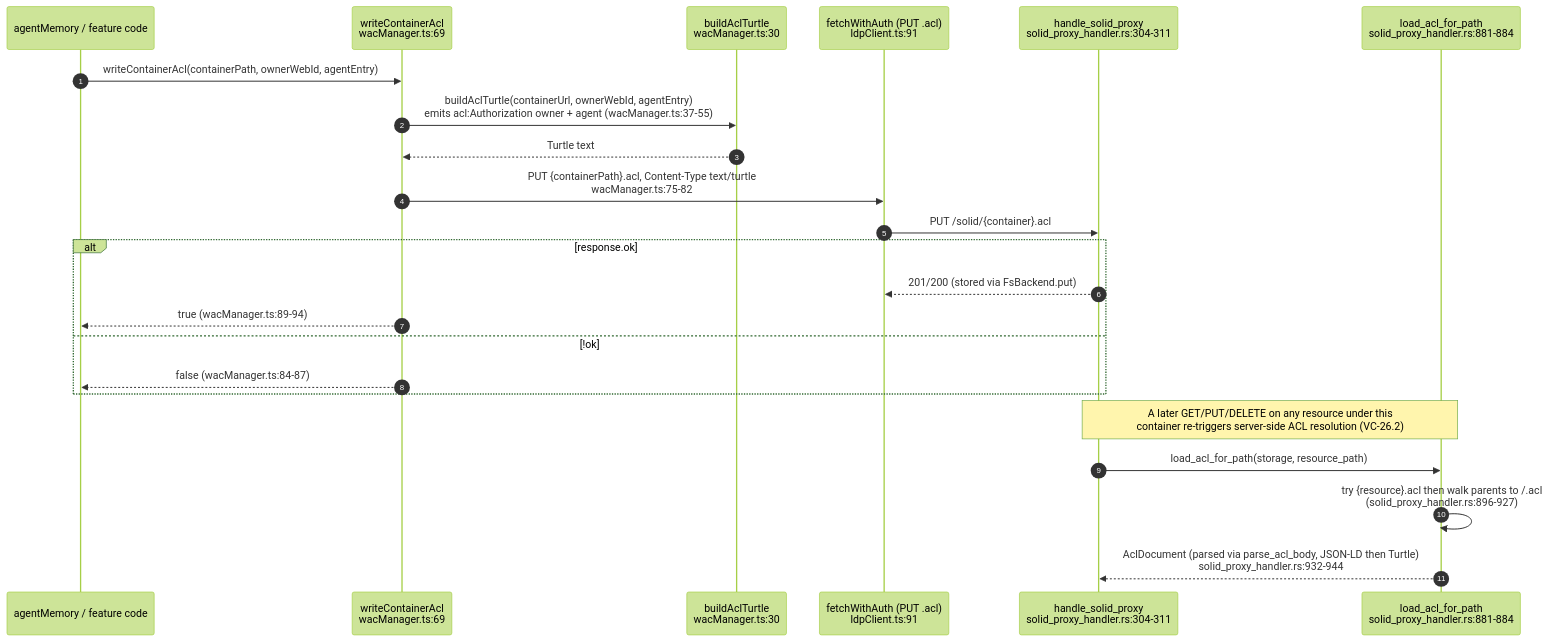
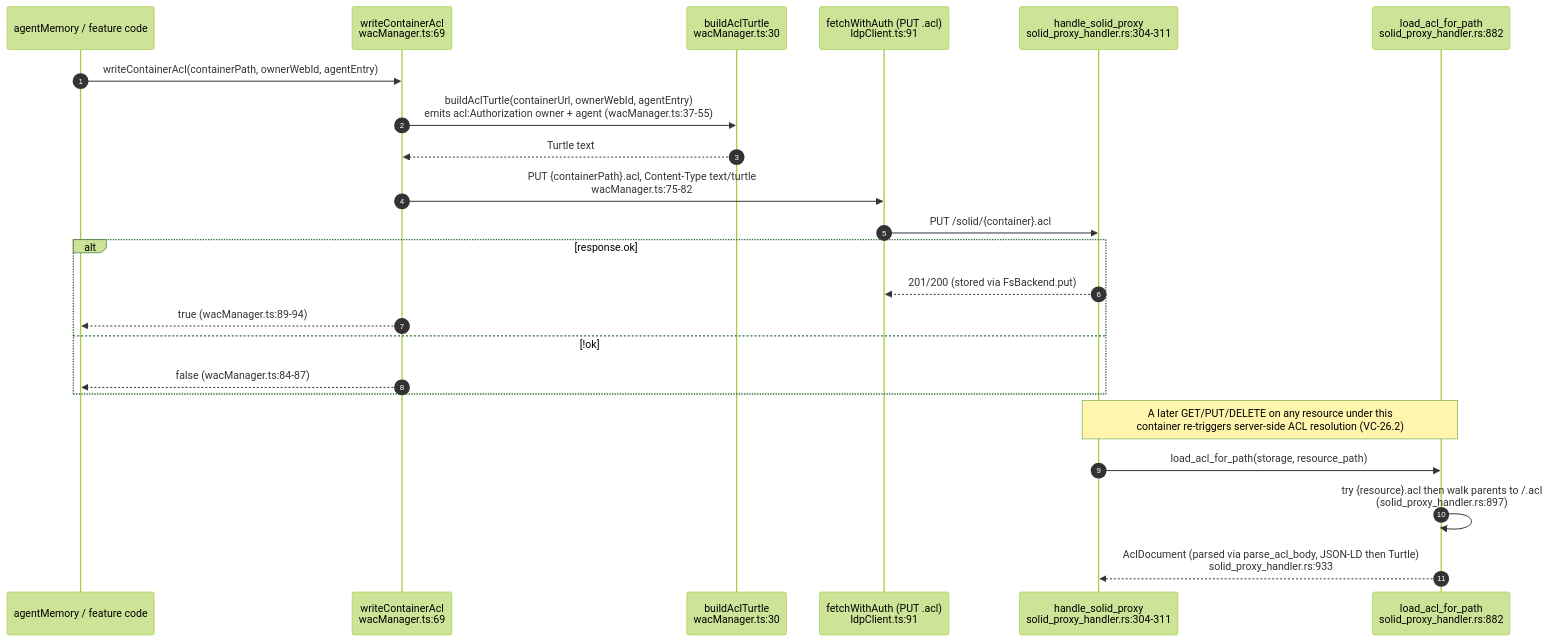
The seventh of 14 diagrams in docs/diagrams/visionclaw/26-solid-pod-and-jss.md (DreamLab-AI/VisionFlow), drawn with Mermaid (forest theme) before and after one commit. The commit also changed other lines of this file and 51 other files, not shown here.

First line of the commit message:
docs(diagrams): agentbox AB-01..13 re-attested anchor by anchor (980 anchors, 22 defects); checkpoint against an out-of-mesh writer

````diff
--- a/docs/diagrams/visionclaw/26-solid-pod-and-jss.md
+++ b/docs/diagrams/visionclaw/26-solid-pod-and-jss.md
@@ -312,27 +312,27 @@
 ```mermaid
 sequenceDiagram
     autonumber
     participant Caller as agentMemory / feature code
     participant WAC as writeContainerAcl<br/>wacManager.ts:69
     participant B as buildAclTurtle<br/>wacManager.ts:30
     participant F as fetchWithAuth (PUT .acl)<br/>ldpClient.ts:91
     participant H as handle_solid_proxy<br/>solid_proxy_handler.rs:304-311
-    participant R as load_acl_for_path<br/>solid_proxy_handler.rs:881-884
+    participant R as load_acl_for_path<br/>solid_proxy_handler.rs:882
 
     Caller->>WAC: writeContainerAcl(containerPath, ownerWebId, agentEntry)
     WAC->>B: buildAclTurtle(containerUrl, ownerWebId, agentEntry)<br/>emits acl:Authorization owner + agent (wacManager.ts:37-55)
     B-->>WAC: Turtle text
     WAC->>F: PUT {containerPath}.acl, Content-Type text/turtle<br/>wacManager.ts:75-82
     F->>H: PUT /solid/{container}.acl
     alt response.ok
         H-->>F: 201/200 (stored via FsBackend.put)
         WAC-->>Caller: true (wacManager.ts:89-94)
     else !ok
         WAC-->>Caller: false (wacManager.ts:84-87)
     end
 
     Note over H,R: A later GET/PUT/DELETE on any resource under this<br/>container re-triggers server-side ACL resolution (VC-26.2)
     H->>R: load_acl_for_path(storage, resource_path)
-    R->>R: try {resource}.acl then walk parents to /.acl<br/>(solid_proxy_handler.rs:896-927)
-    R-->>H: AclDocument (parsed via parse_acl_body, JSON-LD then Turtle)<br/>solid_proxy_handler.rs:932-944
+    R->>R: try {resource}.acl then walk parents to /.acl<br/>(solid_proxy_handler.rs:897)
+    R-->>H: AclDocument (parsed via parse_acl_body, JSON-LD then Turtle)<br/>solid_proxy_handler.rs:933
 ```
````
